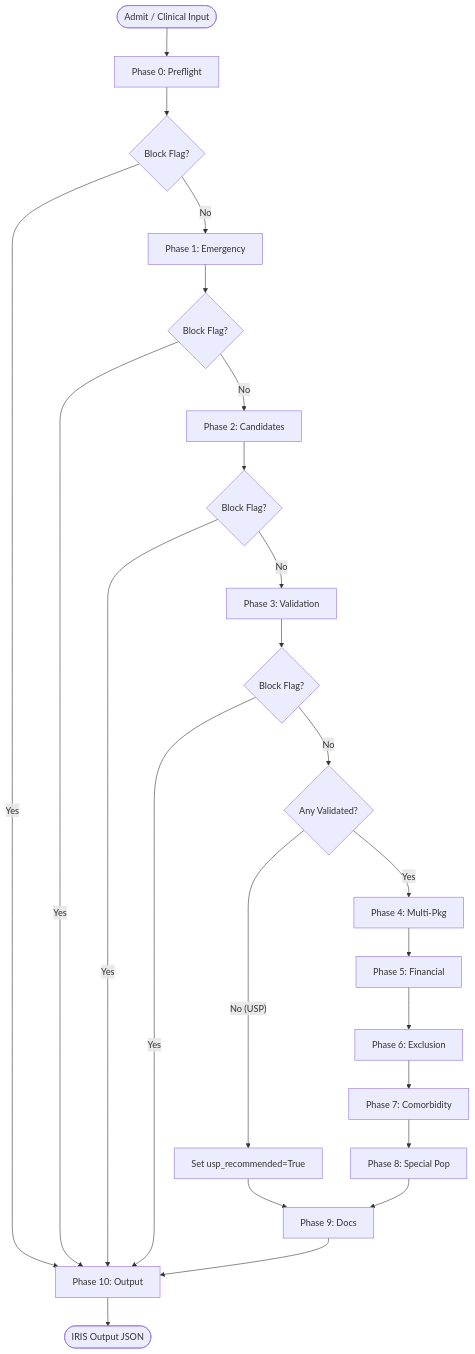
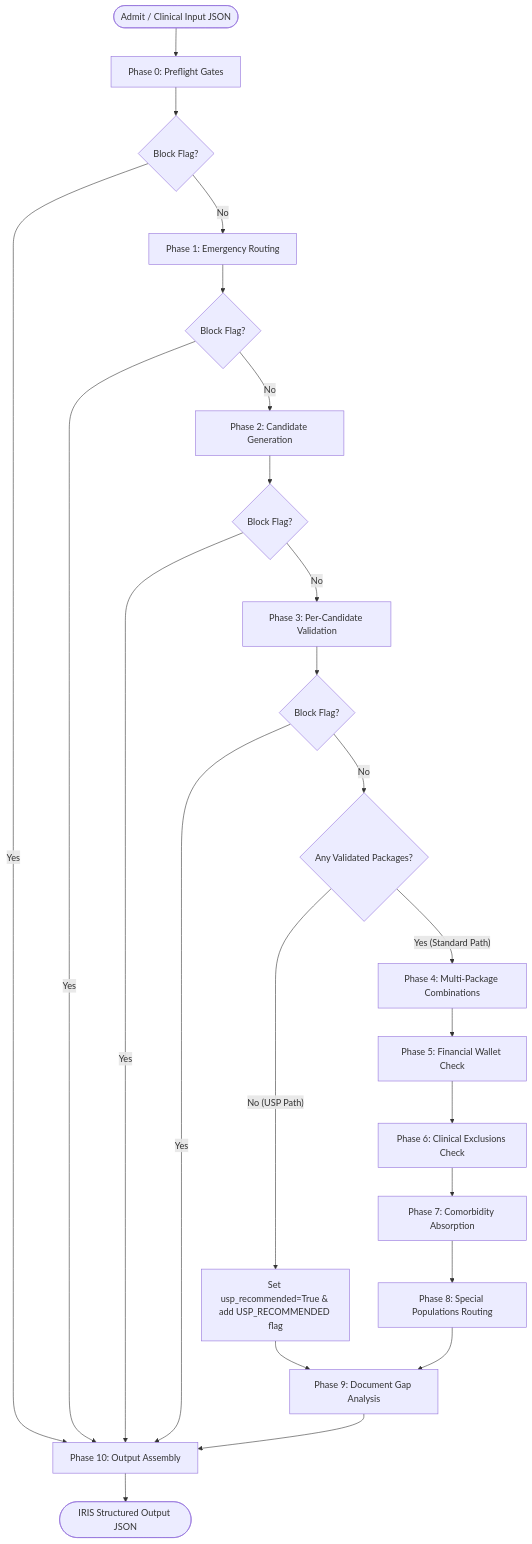
One commit to Hanneeth/1hat-phase-1 changed the first of 2 diagrams in SYSTEM_DESIGN.md. Above: the diagram before and after it, drawn with Mermaid. The commit also changed other lines of this file and 3 other files, not shown here.

````diff
--- a/SYSTEM_DESIGN.md
+++ b/SYSTEM_DESIGN.md
@@ -22,29 +25,29 @@
 ```mermaid
 flowchart TD
-    Start([Admit / Clinical Input]) --> P0[Phase 0: Preflight]
+    Start([Admit / Clinical Input JSON]) --> P0[Phase 0: Preflight Gates]
     P0 --> C0{Block Flag?}
-    C0 -- Yes --> P10[Phase 10: Output]
-    C0 -- No --> P1[Phase 1: Emergency]
+    C0 -- Yes --> P10[Phase 10: Output Assembly]
+    C0 -- No --> P1[Phase 1: Emergency Routing]
     P1 --> C1{Block Flag?}
     C1 -- Yes --> P10
-    C1 -- No --> P2[Phase 2: Candidates]
+    C1 -- No --> P2[Phase 2: Candidate Generation]
     P2 --> C2{Block Flag?}
     C2 -- Yes --> P10
-    C2 -- No --> P3[Phase 3: Validation]
+    C2 -- No --> P3[Phase 3: Per-Candidate Validation]
     P3 --> C3{Block Flag?}
     C3 -- Yes --> P10
-    C3 -- No --> C3_Empty{Any Validated?}
+    C3 -- No --> C3_Empty{Any Validated Packages?}
     
-    C3_Empty -- No (USP) --> USP_Set[Set usp_recommended=True]
-    USP_Set --> P9[Phase 9: Docs]
+    C3_Empty -- No (USP Path) --> USP_Set[Set usp_recommended=True & add USP_RECOMMENDED flag]
+    USP_Set --> P9[Phase 9: Document Gap Analysis]
     
-    C3_Empty -- Yes --> P4[Phase 4: Multi-Pkg]
-    P4 --> P5[Phase 5: Financial]
-    P5 --> P6[Phase 6: Exclusion]
-    P6 --> P7[Phase 7: Comorbidity]
-    P7 --> P8[Phase 8: Special Pop]
+    C3_Empty -- Yes (Standard Path) --> P4[Phase 4: Multi-Package Combinations]
+    P4 --> P5[Phase 5: Financial Wallet Check]
+    P5 --> P6[Phase 6: Clinical Exclusions Check]
+    P6 --> P7[Phase 7: Comorbidity Absorption]
+    P7 --> P8[Phase 8: Special Populations Routing]
     P8 --> P9
     
     P9 --> P10
-    P10 --> End([IRIS Output JSON])
+    P10 --> End([IRIS Structured Output JSON])
 ```
````
